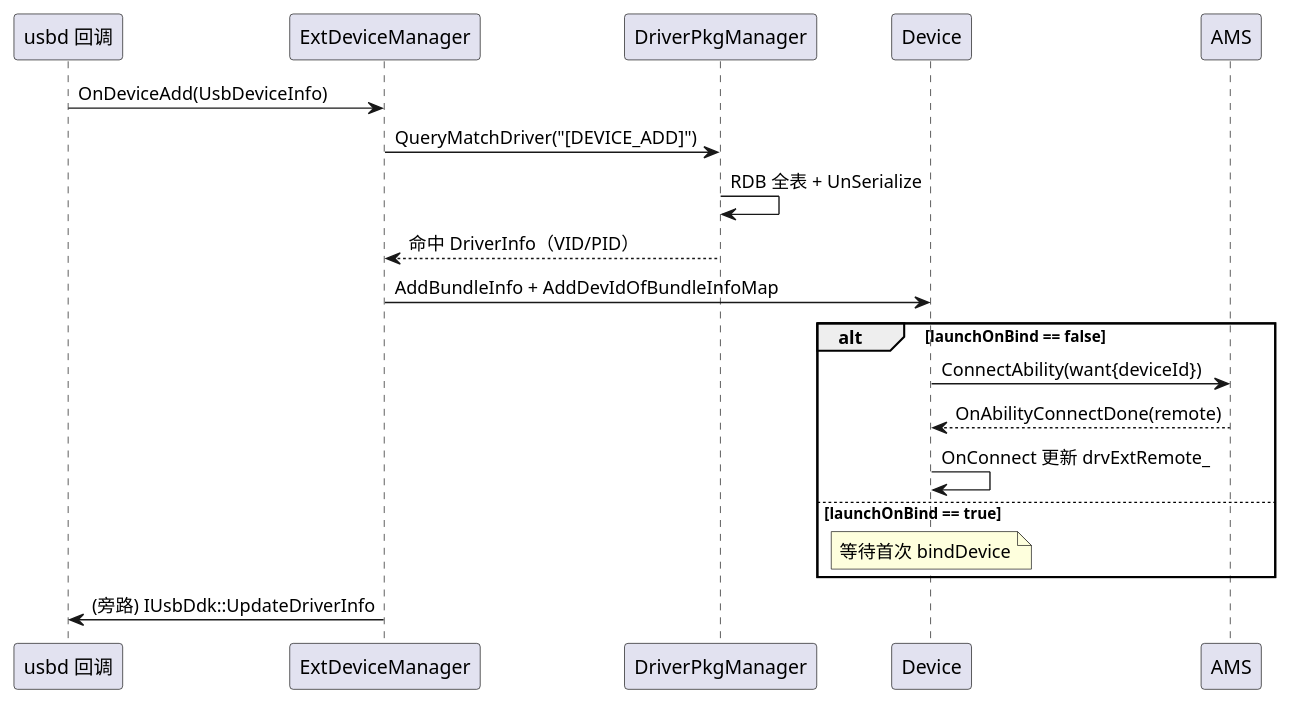
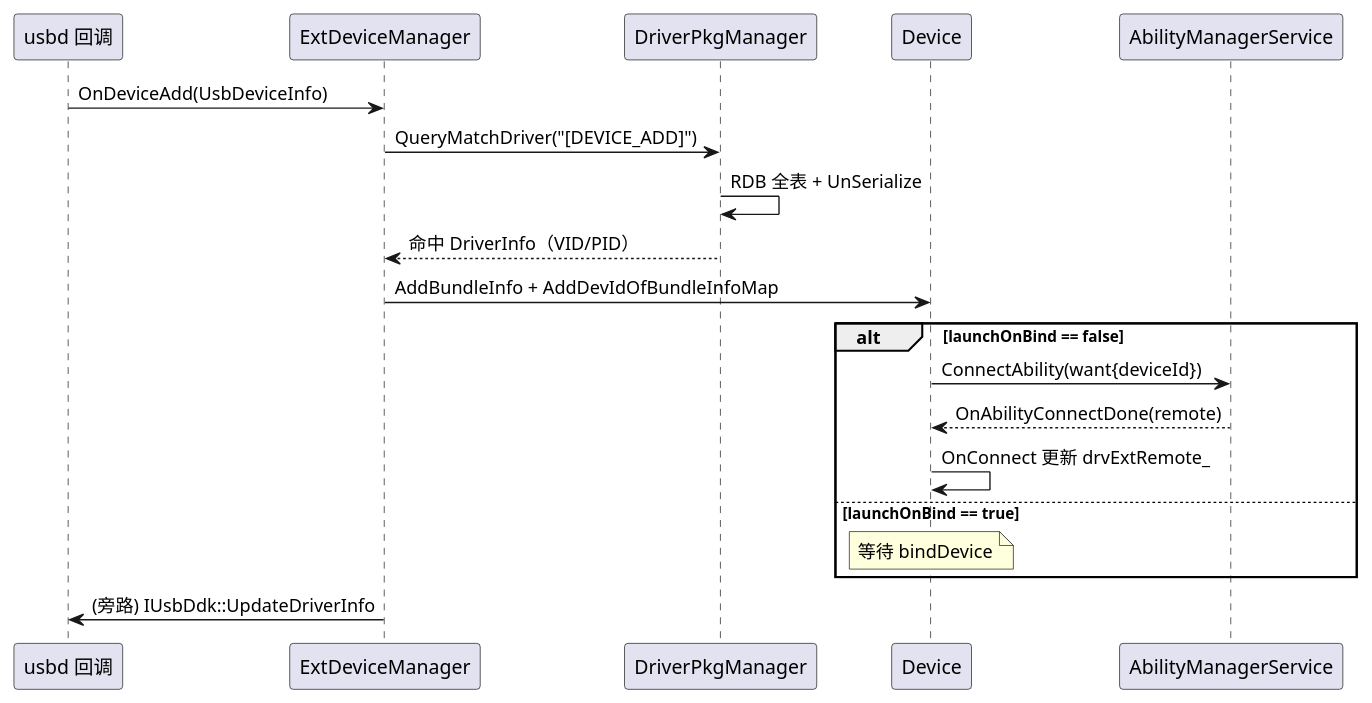
One commit to eclipse-oniro-mirrors/drivers_external_device_manager changed the second of 2 diagrams in docs/knowledge/edm-Technology.md. Above: the diagram before and after it, drawn with PlantUML. The commit also changed other lines of this file and 7 other files, not shown here.

````diff
--- a/docs/knowledge/edm-Technology.md
+++ b/docs/knowledge/edm-Technology.md
@@ -140,22 +173,22 @@
 ```plantuml
 @startuml
 participant "usbd 回调" as Usbd
 participant "ExtDeviceManager" as Edm
 participant "DriverPkgManager" as Pkg
 participant "Device" as Dev
-participant "AMS" as Ams
+participant "AbilityManagerService" as AbilityManagerService
 Usbd -> Edm : OnDeviceAdd(UsbDeviceInfo)
 Edm -> Pkg : QueryMatchDriver("[DEVICE_ADD]")
 Pkg -> Pkg : RDB 全表 + UnSerialize
 Pkg --> Edm : 命中 DriverInfo（VID/PID）
 Edm -> Dev : AddBundleInfo + AddDevIdOfBundleInfoMap
 alt launchOnBind == false
-  Dev -> Ams : ConnectAbility(want{deviceId})
-  Ams --> Dev : OnAbilityConnectDone(remote)
+Dev -> AbilityManagerService : ConnectAbility(want{deviceId})
+AbilityManagerService --> Dev : OnAbilityConnectDone(remote)
   Dev -> Dev : OnConnect 更新 drvExtRemote_
 else launchOnBind == true
-  Note over Dev : 等待首次 bindDevice
+  Note over Dev : 等待 bindDevice
 end
 Edm -> Usbd : (旁路) IUsbDdk::UpdateDriverInfo
 @enduml
 ```
````
